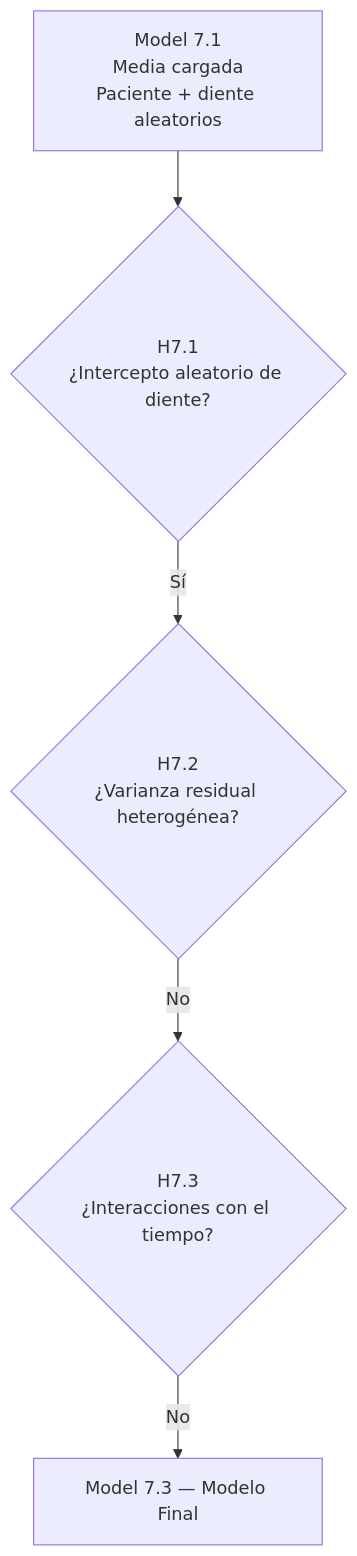
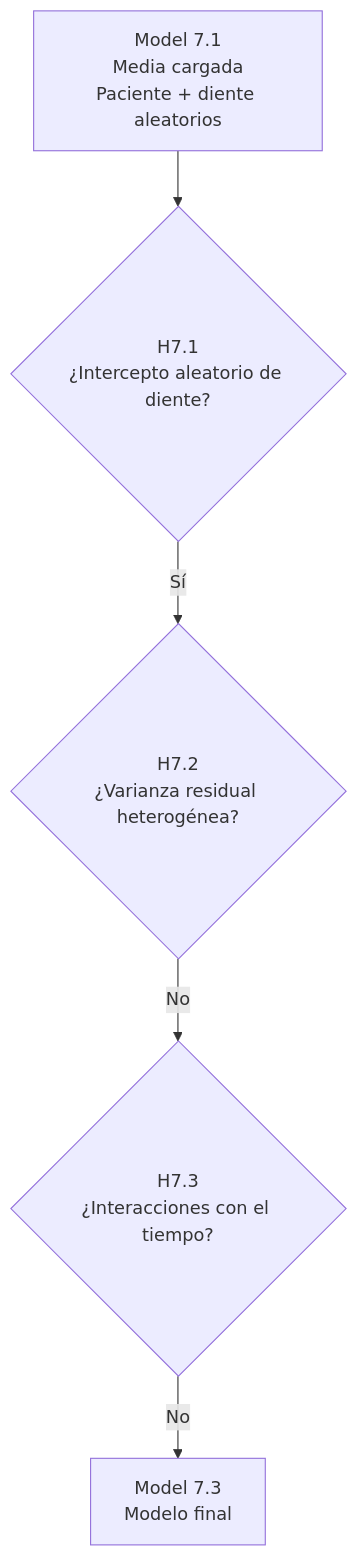
The second of 2 diagrams in longitudinal-clusters/index.qmd (elenalazo20/Mixed-models), drawn with Mermaid before and after one commit. The commit also changed other lines of this file and 78 other files, not shown here.

````diff
--- a/longitudinal-clusters/index.qmd
+++ b/longitudinal-clusters/index.qmd
@@ -109,7 +391,7 @@
 ```{mermaid}
 flowchart TD
-    A[Model 7.1\nMedia cargada\nPaciente + diente aleatorios] --> B{H7.1\n¿Intercepto aleatorio de diente?}
-    B -->|Sí| C{H7.2\n¿Varianza residual heterogénea?}
-    C -->|No| D{H7.3\n¿Interacciones con el tiempo?}
-    D -->|No| E[Model 7.3 — Modelo Final]
+    A[Model 7.1<br/>Media cargada<br/>Paciente + diente aleatorios] --> B{H7.1<br/>¿Intercepto aleatorio de diente?}
+    B -->|Sí| C{H7.2<br/>¿Varianza residual heterogénea?}
+    C -->|No| D{H7.3<br/>¿Interacciones con el tiempo?}
+    D -->|No| E[Model 7.3<br/>Modelo final]
 ```
````
